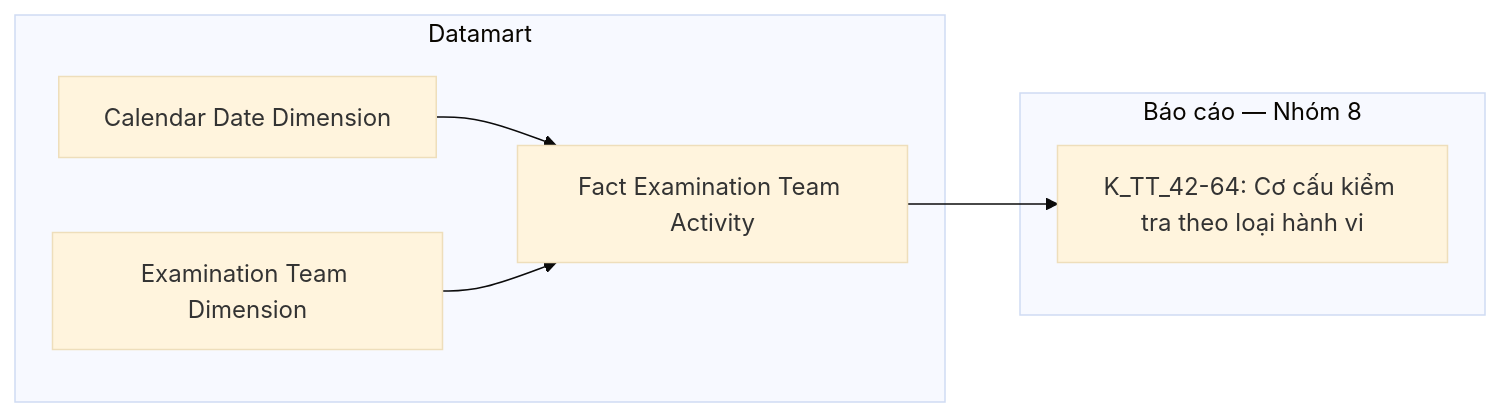
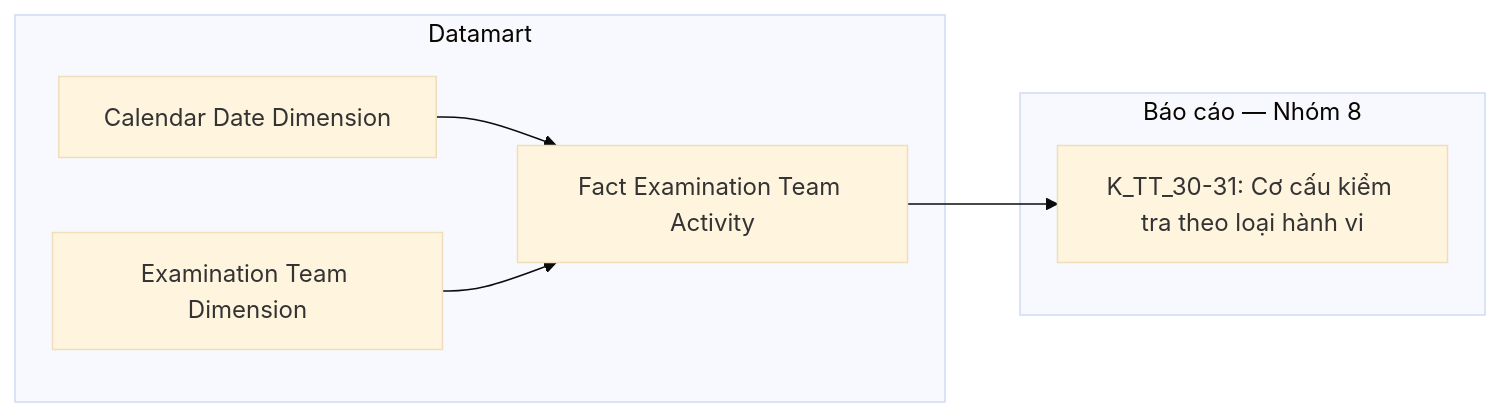
Diagram 27 of 50 in Datamart/hld/DTM_TT_HLD.md (linhlvit/ubck_atomic_design), drawn with Mermaid (base theme) before and after one commit. The commit also changed other lines of this file and 8 other files, not shown here.

````diff
--- a/Datamart/hld/DTM_TT_HLD.md
+++ b/Datamart/hld/DTM_TT_HLD.md
@@ -1003,14 +977,14 @@
 ```mermaid
 flowchart LR
     subgraph Datamart["Datamart"]
         G1["Fact Examination Team Activity"]
         G2["Calendar Date Dimension"]
         G3["Examination Team Dimension"]
     end
     subgraph RPT["Báo cáo — Nhóm 8"]
-        R1["K_TT_42-64: Cơ cấu kiểm tra theo loại hành vi"]
+        R1["K_TT_30-31: Cơ cấu kiểm tra theo loại hành vi"]
     end
     G2 --> G1
     G3 --> G1
     G1 --> R1
 ```
````
